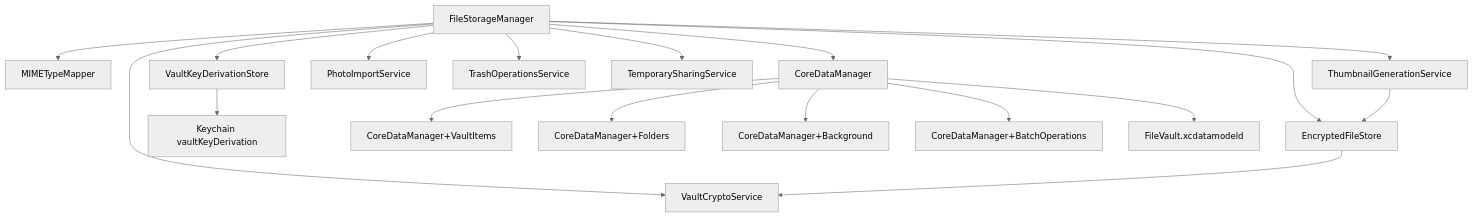
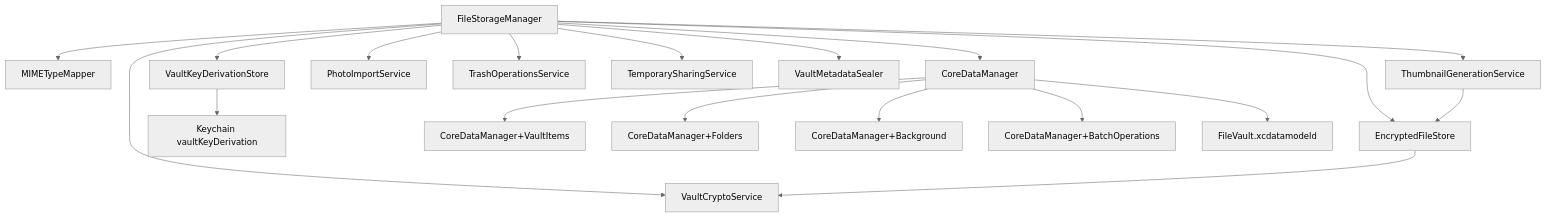
Before and after one commit to haresh14/file-vault: the sixth of 10 diagrams in docs/COMPONENT_GRAPH.md, drawn with Mermaid (neutral theme). The commit also changed other lines of this file and 14 other files, not shown here.

````diff
--- a/docs/COMPONENT_GRAPH.md
+++ b/docs/COMPONENT_GRAPH.md
@@ -210,21 +210,22 @@
 ```mermaid
 flowchart TB
     FSM["FileStorageManager"] --> MIME["MIMETypeMapper"]
     FSM --> Crypto["VaultCryptoService"]
     FSM --> KDF["VaultKeyDerivationStore"]
     FSM --> Store["EncryptedFileStore"]
     FSM --> Thumbs["ThumbnailGenerationService"]
     FSM --> Photos["PhotoImportService"]
     FSM --> Trash["TrashOperationsService"]
     FSM --> Share["TemporarySharingService"]
+    FSM --> Meta["VaultMetadataSealer"]
     Store --> Crypto
     Thumbs --> Store
     KDF --> Keychain["Keychain vaultKeyDerivation"]
     FSM --> CDM["CoreDataManager"]
 
     CDM --> Items["CoreDataManager+VaultItems"]
     CDM --> Folders["CoreDataManager+Folders"]
     CDM --> BG["CoreDataManager+Background"]
     CDM --> Batch["CoreDataManager+BatchOperations"]
     CDM --> Model["FileVault.xcdatamodeld"]
 ```
````
